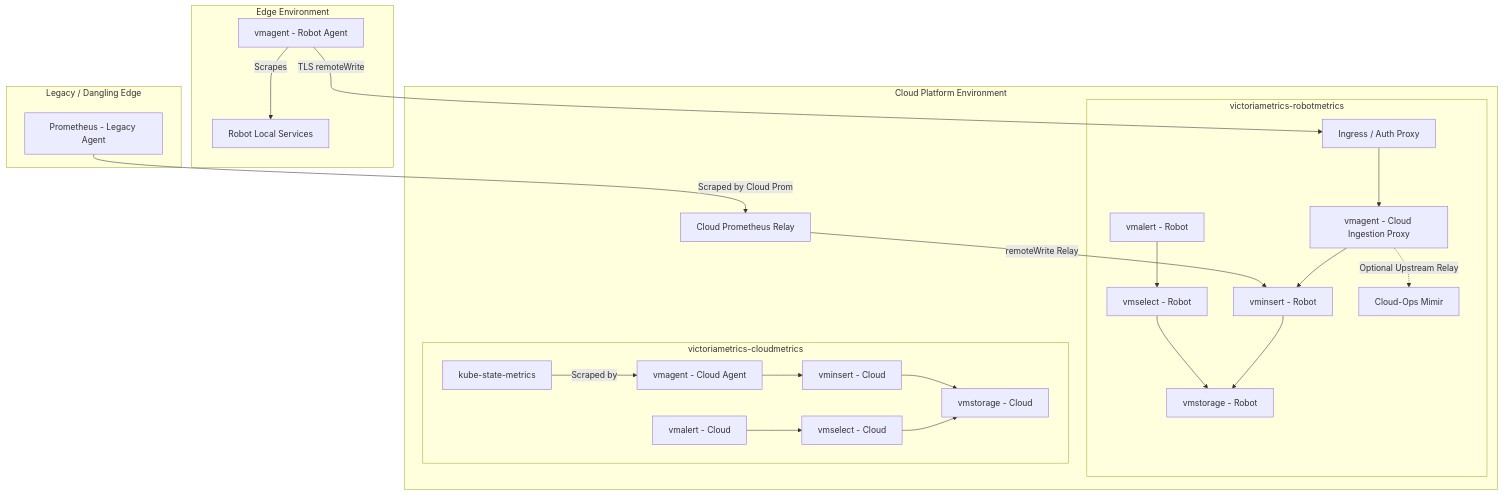
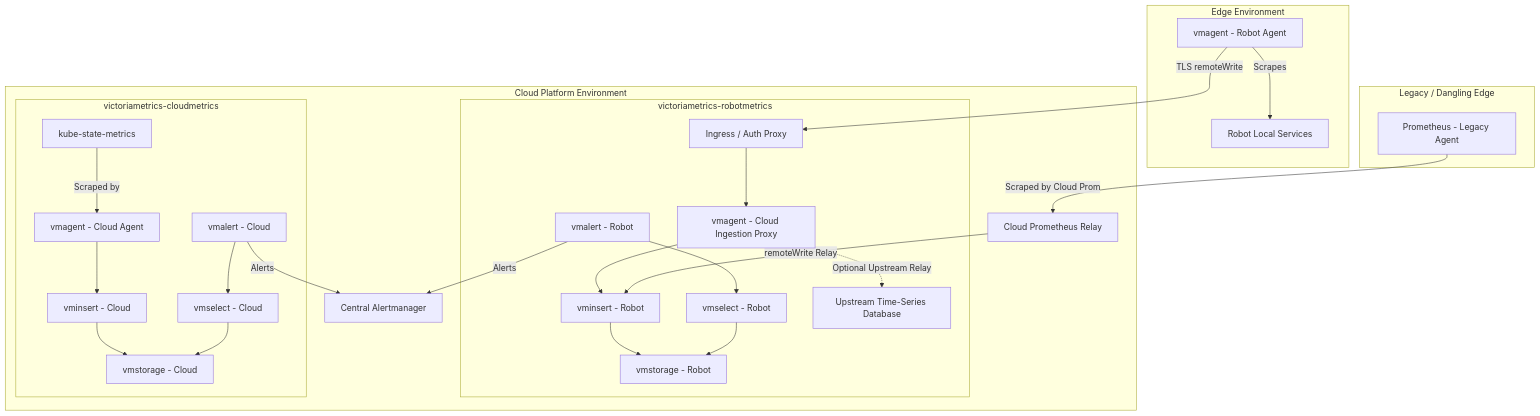
Before and after one commit to googlecloudrobotics/core: the diagram in src/app_charts/victoriametrics/README.md, drawn with Mermaid. The commit also changed other lines of this file and 35 other files, not shown here.

First line of the commit message:
Migrate VictoriaMetrics deployments to k8s-stack umbrella chart

````diff
--- a/src/app_charts/victoriametrics/README.md
+++ b/src/app_charts/victoriametrics/README.md
@@ -20,50 +20,53 @@
 ```mermaid
 flowchart TD
     subgraph Edge[Edge Environment]
         RA[vmagent - Robot Agent] -->|Scrapes| RT[Robot Local Services]
     end
     
     subgraph LegacyEdge[Legacy / Dangling Edge]
         LP[Prometheus - Legacy Agent]
     end
 
     subgraph CloudEnv[Cloud Platform Environment]
         subgraph RobotMetrics[victoriametrics-robotmetrics]
             ING[Ingress / Auth Proxy]
             VMA_PROXY[vmagent - Cloud Ingestion Proxy]
             VMI_R[vminsert - Robot]
             VMS_R[vmstorage - Robot]
             VMQ_R[vmselect - Robot]
             VMA_R[vmalert - Robot]
             
             ING --> VMA_PROXY
             VMA_PROXY --> VMI_R
-            VMA_PROXY -.->|Optional Upstream Relay| Mimir[Cloud-Ops Mimir]
+            VMA_PROXY -.->|Optional Upstream Relay| UpstreamTSDB[Upstream Time-Series Database]
             VMI_R --> VMS_R
             VMQ_R --> VMS_R
             VMA_R --> VMQ_R
         end
         
         subgraph CloudMetrics[victoriametrics-cloudmetrics]
             KSM[kube-state-metrics]
             CA[vmagent - Cloud Agent]
             VMI_C[vminsert - Cloud]
             VMS_C[vmstorage - Cloud]
             VMQ_C[vmselect - Cloud]
             VMA_C[vmalert - Cloud]
             
             KSM -->|Scraped by| CA
             CA --> VMI_C
             VMI_C --> VMS_C
             VMQ_C --> VMS_C
             VMA_C --> VMQ_C
         end
         
         CP[Cloud Prometheus Relay]
+        AM[Central Alertmanager]
     end
 
     %% Data Flow
     RA -->|TLS remoteWrite| ING
     LP -->|Scraped by Cloud Prom| CP
     CP -->|remoteWrite Relay| VMI_R
+    VMA_R -->|Alerts| AM
+    VMA_C -->|Alerts| AM
 ```
````
